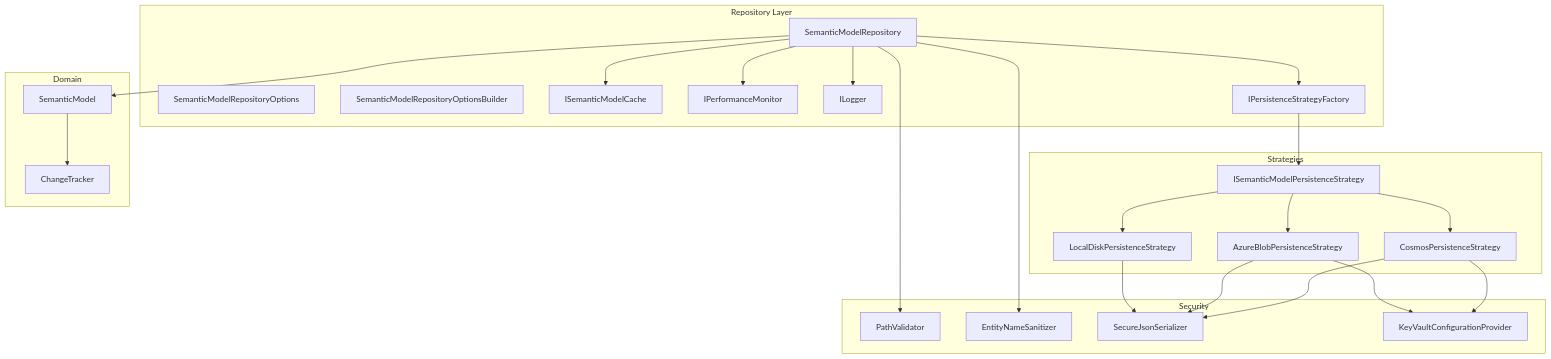
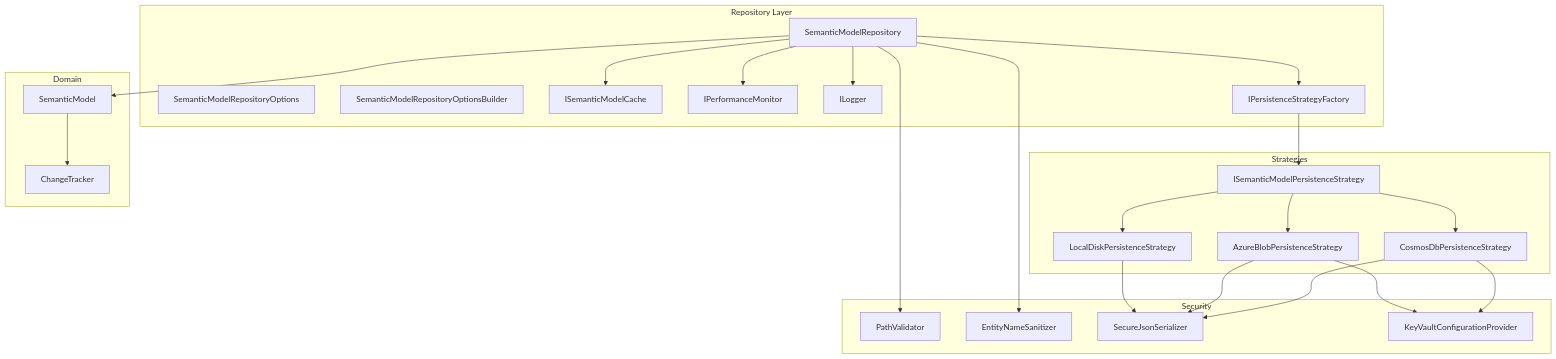
One commit to PlagueHO/genai-database-explorer changed the first of 2 diagrams in docs/components/semantic-model-repository-documentation.md. Above: the diagram before and after it, drawn with Mermaid. The commit also changed other lines of this file and 20 other files, not shown here.

````diff
--- a/docs/components/semantic-model-repository-documentation.md
+++ b/docs/components/semantic-model-repository-documentation.md
@@ -49,49 +49,49 @@
 ```mermaid
 graph TD
     subgraph "Repository Layer"
         R[SemanticModelRepository]
         OPT[SemanticModelRepositoryOptions]
         OPTB[SemanticModelRepositoryOptionsBuilder]
         C[ISemanticModelCache]
         PM[IPerformanceMonitor]
         L[ILogger]
         F[IPersistenceStrategyFactory]
     end
 
     subgraph "Strategies"
         S1[LocalDiskPersistenceStrategy]
         S2[AzureBlobPersistenceStrategy]
-        S3[CosmosPersistenceStrategy]
+        S3[CosmosDbPersistenceStrategy]
         ISTR[ISemanticModelPersistenceStrategy]
     end
 
     subgraph "Security"
         PV[PathValidator]
         ENS[EntityNameSanitizer]
         SJS[SecureJsonSerializer]
         KV[KeyVaultConfigurationProvider]
     end
 
     subgraph "Domain"
         SM[SemanticModel]
         CT[ChangeTracker]
     end
 
     R --> F
     F --> ISTR
     ISTR --> S1
     ISTR --> S2
     ISTR --> S3
     R --> C
     R --> PM
     R --> L
     R --> PV
     R --> ENS
     S1 --> SJS
     S2 --> SJS
     S2 --> KV
     S3 --> SJS
     S3 --> KV
   R --> SM
   SM --> CT
 ```
````
